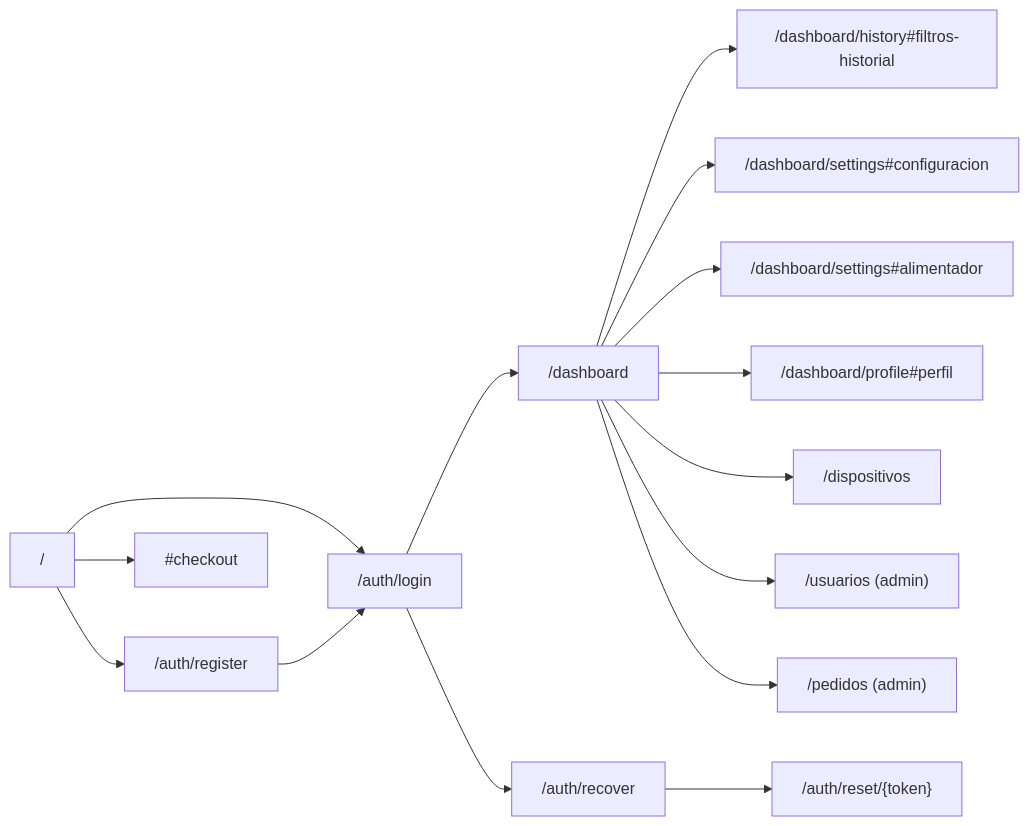
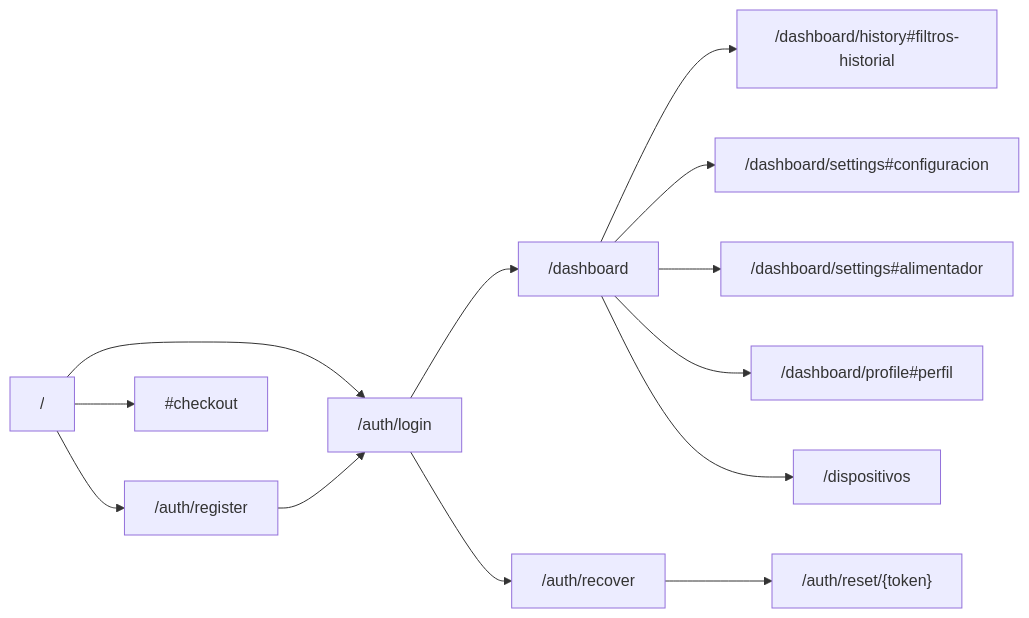
One commit to TuVieja22/AquaControl changed the second of 6 diagrams in FRONTEND_DOCUMENTACION.md. Above: the diagram before and after it, drawn with Mermaid. The commit also changed other lines of this file and 119 other files, not shown here.

````diff
--- a/FRONTEND_DOCUMENTACION.md
+++ b/FRONTEND_DOCUMENTACION.md
@@ -496,17 +467,15 @@
 ```mermaid
 flowchart LR
     Inicio["/"] --> Login["/auth/login"]
     Inicio --> Registro["/auth/register"]
     Inicio --> Checkout["#checkout"]
     Login --> Dashboard["/dashboard"]
     Registro --> Login
     Login --> Recuperar["/auth/recover"]
     Recuperar --> Reset["/auth/reset/{token}"]
     Dashboard --> Historial["/dashboard/history#filtros-historial"]
     Dashboard --> Config["/dashboard/settings#configuracion"]
     Dashboard --> Alimentador["/dashboard/settings#alimentador"]
     Dashboard --> Perfil["/dashboard/profile#perfil"]
     Dashboard --> Dispositivos["/dispositivos"]
-    Dashboard --> Usuarios["/usuarios (admin)"]
-    Dashboard --> Pedidos["/pedidos (admin)"]
 ```
````
